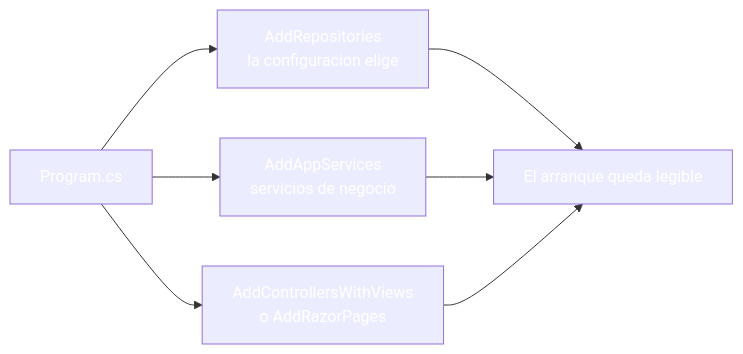
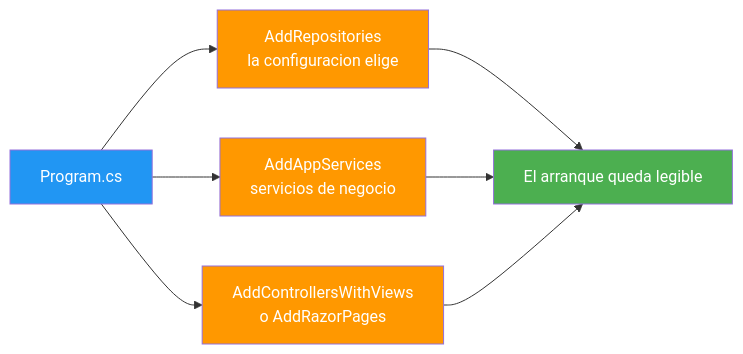
The fourth of 7 diagrams in 20-configuracion-entornos.md (joseluisgs/DesarrolloWebEntornosServidor-03-2026-2027), drawn with Mermaid before and after one commit. The commit also changed other lines of this file and 25 other files, not shown here.

Commit message:
docs: corregir los estilos Mermaid de los temas y alinear el dominio del tema 25 con ProductosApp

````diff
--- a/20-configuracion-entornos.md
+++ b/20-configuracion-entornos.md
@@ -309,14 +309,14 @@
 ```mermaid
 graph LR
     P["Program.cs"] --> R["AddRepositories<br/>la configuracion elige"]
     P --> S["AddAppServices<br/>servicios de negocio"]
     P --> C["AddControllersWithViews<br/>o AddRazorPages"]
     R --> B["El arranque queda legible"]
     S --> B
     C --> B
-    style P fill:#2196F,color:#fff3,color:#fff
-    style R fill:#FF980,color:#fff0,color:#fff
-    style S fill:#FF980,color:#fff0,color:#fff
-    style C fill:#FF980,color:#fff0,color:#fff
-    style B fill:#4CAF5,color:#fff0,color:#fff
+    style P fill:#2196F3,color:#fff
+    style R fill:#FF9800,color:#fff
+    style S fill:#FF9800,color:#fff
+    style C fill:#FF9800,color:#fff
+    style B fill:#4CAF50,color:#fff
 ```
````
